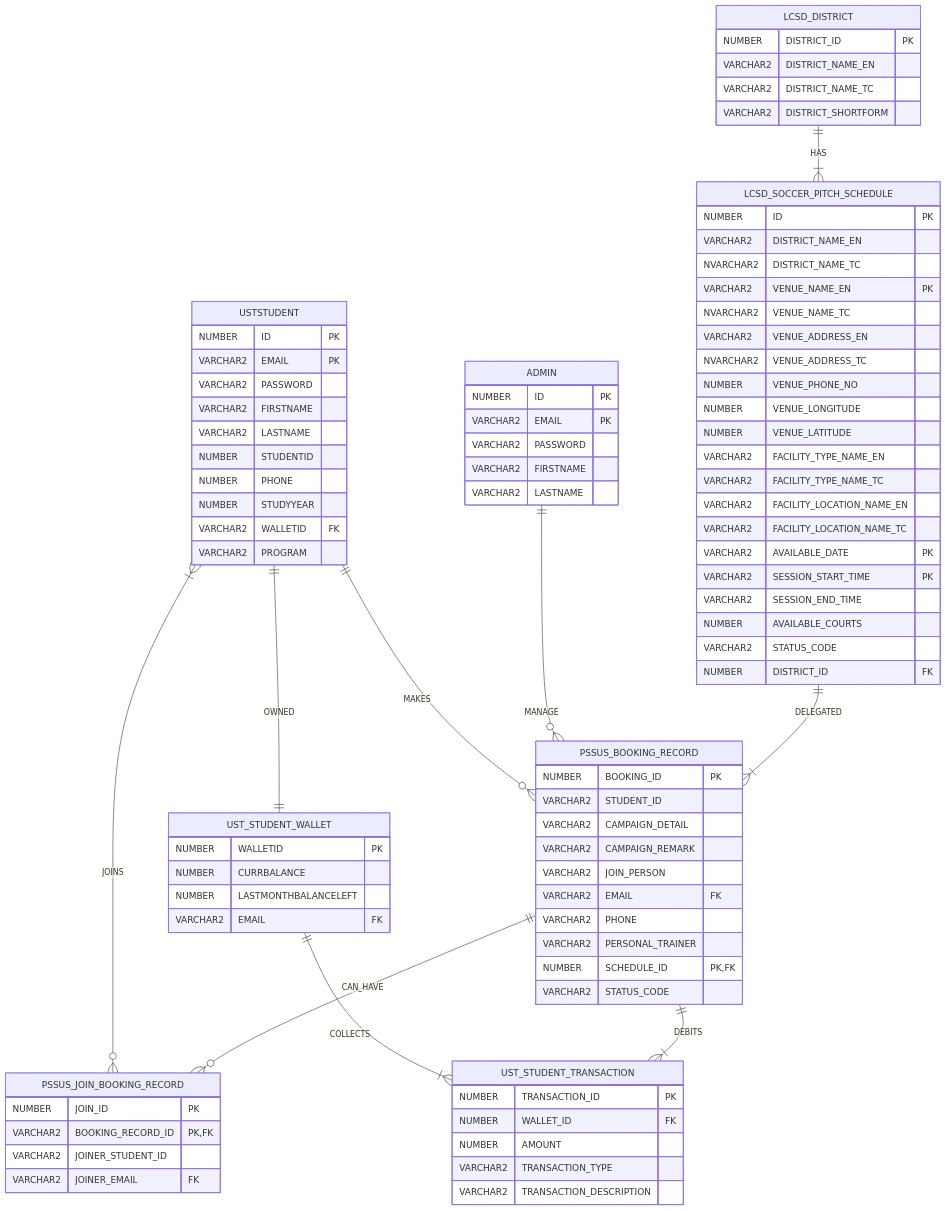
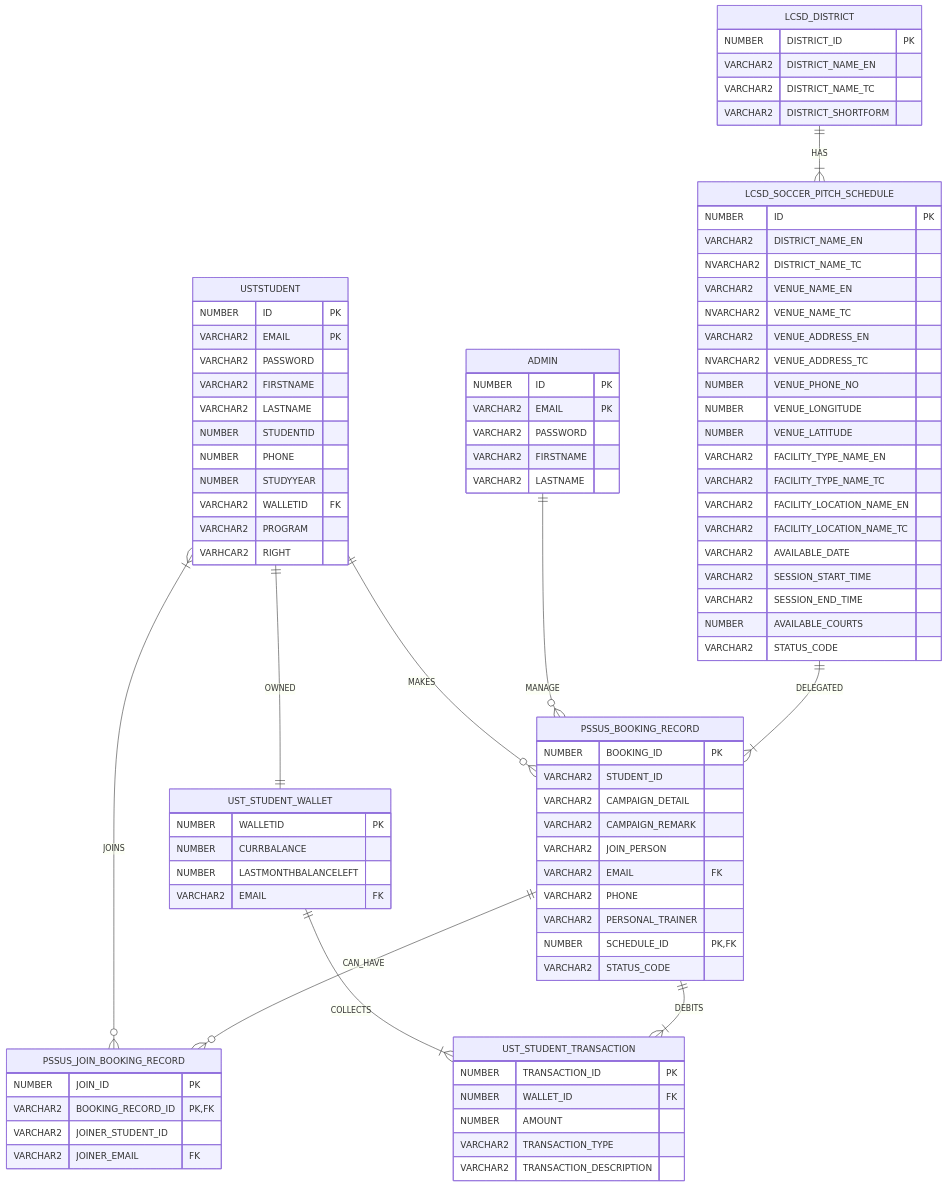
One commit to GordonHKUST/ISOM5260 changed the diagram in src/main/resources/ERD.mermaid. Above: the diagram before and after it, drawn with Mermaid. The commit also changed 8 other files, not shown here.

```diff
--- a/src/main/resources/ERD.mermaid
+++ b/src/main/resources/ERD.mermaid
@@ -1,89 +1,89 @@
 erDiagram
     UST_STUDENT_WALLET ||--|{ UST_STUDENT_TRANSACTION : COLLECTS
     LCSD_DISTRICT ||--|{ LCSD_SOCCER_PITCH_SCHEDULE : HAS
     USTSTUDENT |{ -- o{ PSSUS_JOIN_BOOKING_RECORD : JOINS
     USTSTUDENT || -- o{ PSSUS_BOOKING_RECORD : MAKES
     ADMIN ||--o{ PSSUS_BOOKING_RECORD : MANAGE
     LCSD_SOCCER_PITCH_SCHEDULE ||--|{ PSSUS_BOOKING_RECORD : DELEGATED
     USTSTUDENT ||--|| UST_STUDENT_WALLET : OWNED
     PSSUS_BOOKING_RECORD ||--o{ PSSUS_JOIN_BOOKING_RECORD : CAN_HAVE
     PSSUS_BOOKING_RECORD ||--|{ UST_STUDENT_TRANSACTION : DEBITS
 
     UST_STUDENT_TRANSACTION {
         NUMBER TRANSACTION_ID PK
         NUMBER WALLET_ID FK
         NUMBER AMOUNT
         VARCHAR2 TRANSACTION_TYPE
         VARCHAR2 TRANSACTION_DESCRIPTION
     }
     LCSD_DISTRICT {
         NUMBER DISTRICT_ID PK
         VARCHAR2 DISTRICT_NAME_EN
         VARCHAR2 DISTRICT_NAME_TC
         VARCHAR2 DISTRICT_SHORTFORM
     }
     LCSD_SOCCER_PITCH_SCHEDULE {
         NUMBER ID PK
         VARCHAR2 DISTRICT_NAME_EN
         NVARCHAR2 DISTRICT_NAME_TC
-        VARCHAR2 VENUE_NAME_EN PK
+        VARCHAR2 VENUE_NAME_EN
         NVARCHAR2 VENUE_NAME_TC
         VARCHAR2 VENUE_ADDRESS_EN
         NVARCHAR2 VENUE_ADDRESS_TC
         NUMBER VENUE_PHONE_NO
         NUMBER VENUE_LONGITUDE
         NUMBER VENUE_LATITUDE
         VARCHAR2 FACILITY_TYPE_NAME_EN
         VARCHAR2 FACILITY_TYPE_NAME_TC
         VARCHAR2 FACILITY_LOCATION_NAME_EN
         VARCHAR2 FACILITY_LOCATION_NAME_TC
-        VARCHAR2 AVAILABLE_DATE PK
-        VARCHAR2 SESSION_START_TIME PK
+        VARCHAR2 AVAILABLE_DATE
+        VARCHAR2 SESSION_START_TIME
         VARCHAR2 SESSION_END_TIME
         NUMBER AVAILABLE_COURTS
         VARCHAR2 STATUS_CODE
-        NUMBER DISTRICT_ID FK
     }
     PSSUS_BOOKING_RECORD {
         NUMBER BOOKING_ID PK
         VARCHAR2 STUDENT_ID
         VARCHAR2 CAMPAIGN_DETAIL
         VARCHAR2 CAMPAIGN_REMARK
         VARCHAR2 JOIN_PERSON
         VARCHAR2 EMAIL FK
         VARCHAR2 PHONE
         VARCHAR2 PERSONAL_TRAINER
         NUMBER SCHEDULE_ID PK,FK
         VARCHAR2 STATUS_CODE
     }
     PSSUS_JOIN_BOOKING_RECORD {
         NUMBER JOIN_ID PK
         VARCHAR2 BOOKING_RECORD_ID PK,FK
         VARCHAR2 JOINER_STUDENT_ID
         VARCHAR2 JOINER_EMAIL FK
     }
     UST_STUDENT_WALLET {
         NUMBER WALLETID PK
         NUMBER CURRBALANCE
         NUMBER LASTMONTHBALANCELEFT
         VARCHAR2 EMAIL FK
     }
     USTSTUDENT {
         NUMBER ID PK
         VARCHAR2 EMAIL PK
         VARCHAR2 PASSWORD 
         VARCHAR2 FIRSTNAME 
         VARCHAR2 LASTNAME 
         NUMBER STUDENTID
         NUMBER PHONE
         NUMBER STUDYYEAR
         VARCHAR2 WALLETID FK
         VARCHAR2 PROGRAM
+        VARHCAR2 RIGHT
     }
     ADMIN {
         NUMBER ID PK
         VARCHAR2 EMAIL PK
         VARCHAR2 PASSWORD 
         VARCHAR2 FIRSTNAME 
         VARCHAR2 LASTNAME 
     }
```
